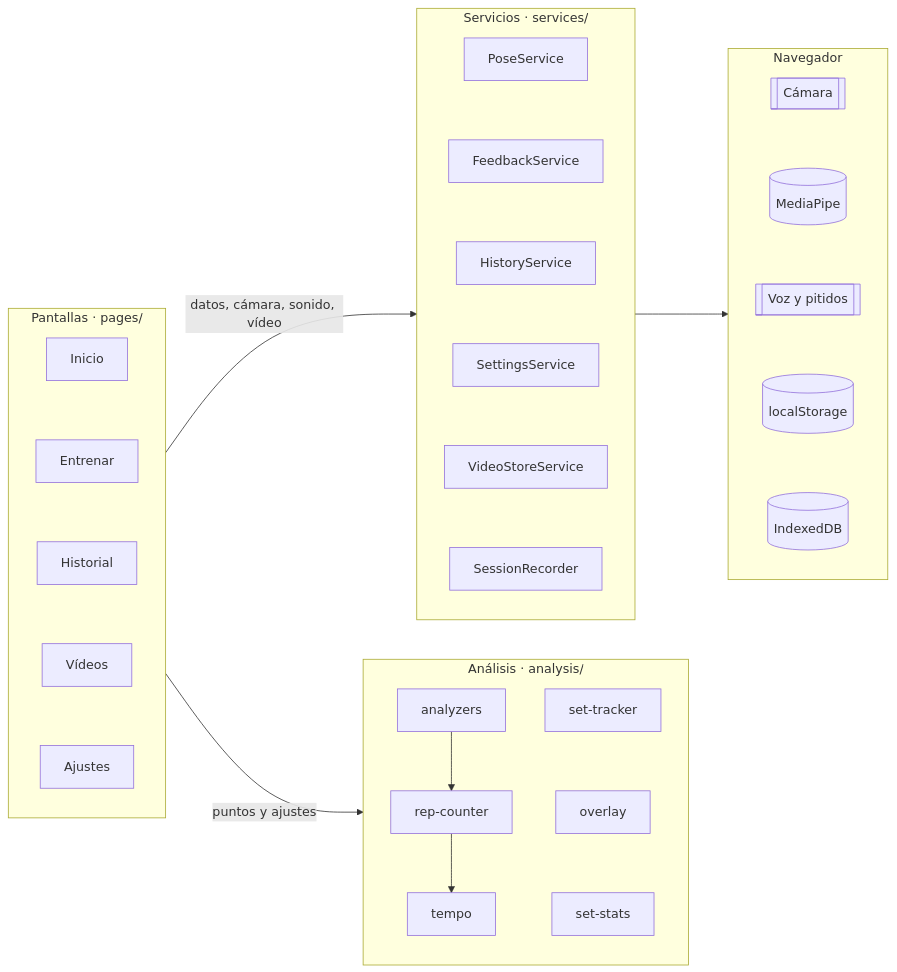
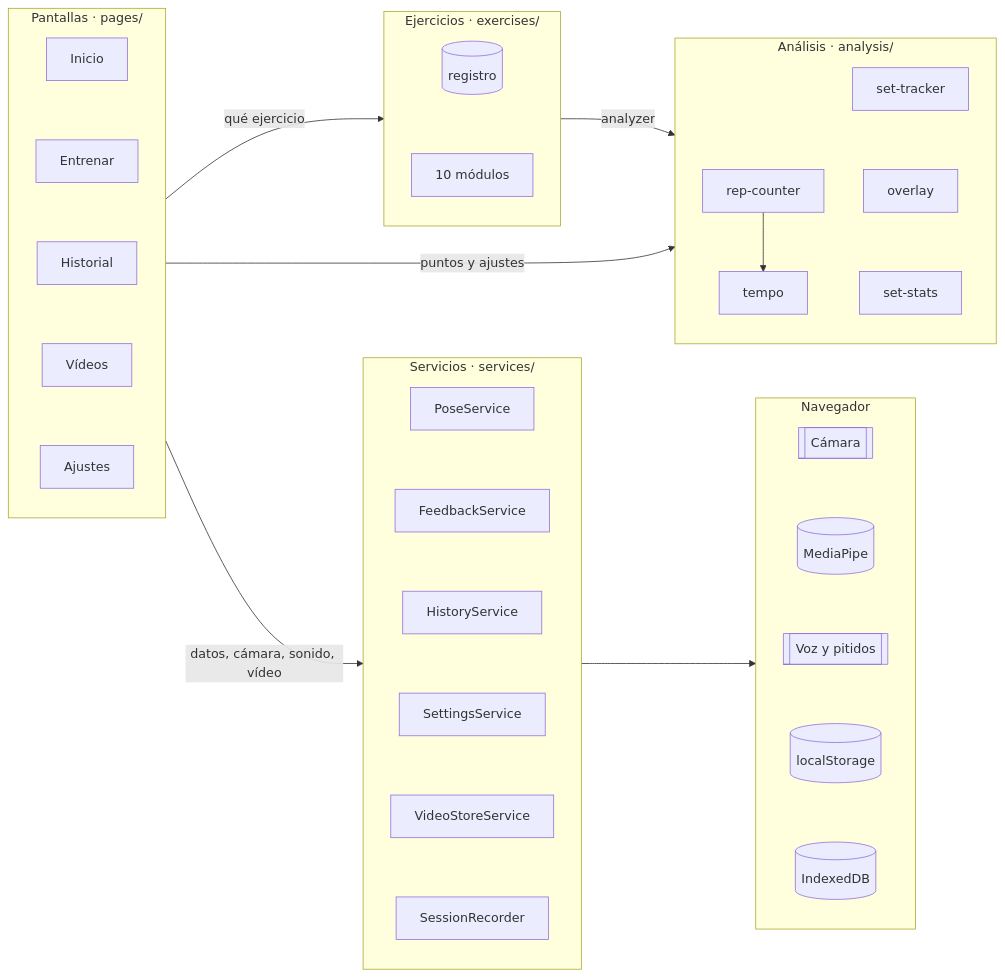
Before and after one commit to xaxtian/tracker: the diagram in guia/01-vision-general.md, drawn with Mermaid. The commit also changed other lines of this file and 62 other files, not shown here.

```diff
--- a/guia/01-vision-general.md
+++ b/guia/01-vision-general.md
@@ -22,23 +26,29 @@
 <pre class="mermaid">
 flowchart LR
   subgraph UI["Pantallas · pages/"]
     direction TB
     Home["Inicio"] ~~~ Workout["Entrenar"] ~~~ History["Historial"] ~~~ Videos["Vídeos"] ~~~ Settings["Ajustes"]
   end
+  subgraph Exercises["Ejercicios · exercises/"]
+    direction TB
+    Registry[("registro")] ~~~ Mods["10 módulos"]
+  end
   subgraph Analysis["Análisis · analysis/"]
     direction TB
-    Analyzers["analyzers"] --> Counter["rep-counter"] --> Tempo["tempo"]
+    Counter["rep-counter"] --> Tempo["tempo"]
     Tracker["set-tracker"] ~~~ Overlay["overlay"] ~~~ Stats["set-stats"]
   end
   subgraph Services["Servicios · services/"]
     direction TB
     Pose["PoseService"] ~~~ Feedback["FeedbackService"] ~~~ Hist["HistoryService"] ~~~ Sett["SettingsService"] ~~~ Store["VideoStoreService"] ~~~ Rec["SessionRecorder"]
   end
   subgraph Browser["Navegador"]
     direction TB
     Cam[["Cámara"]] ~~~ MP[("MediaPipe")] ~~~ Audio[["Voz y pitidos"]] ~~~ LS[("localStorage")] ~~~ IDB[("IndexedDB")]
   end
+  UI -->|"qué ejercicio"| Exercises
+  Exercises -->|"analyzer"| Analysis
   UI -->|"puntos y ajustes"| Analysis
   UI -->|"datos, cámara, sonido, vídeo"| Services
   Services --> Browser
 </pre>
```
